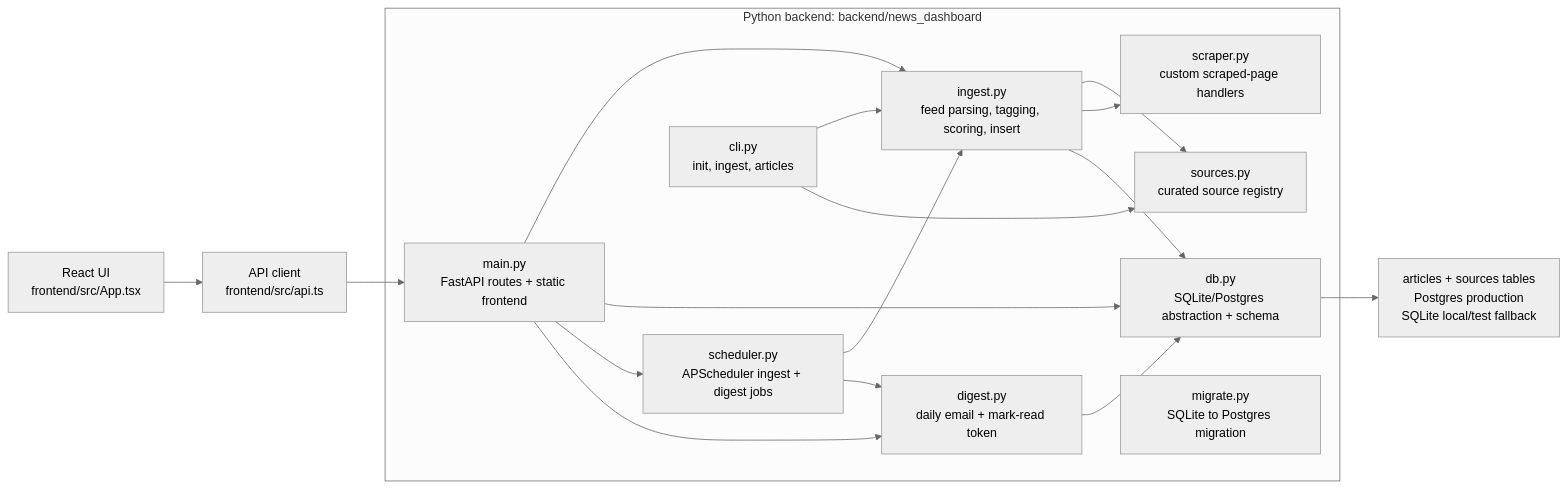
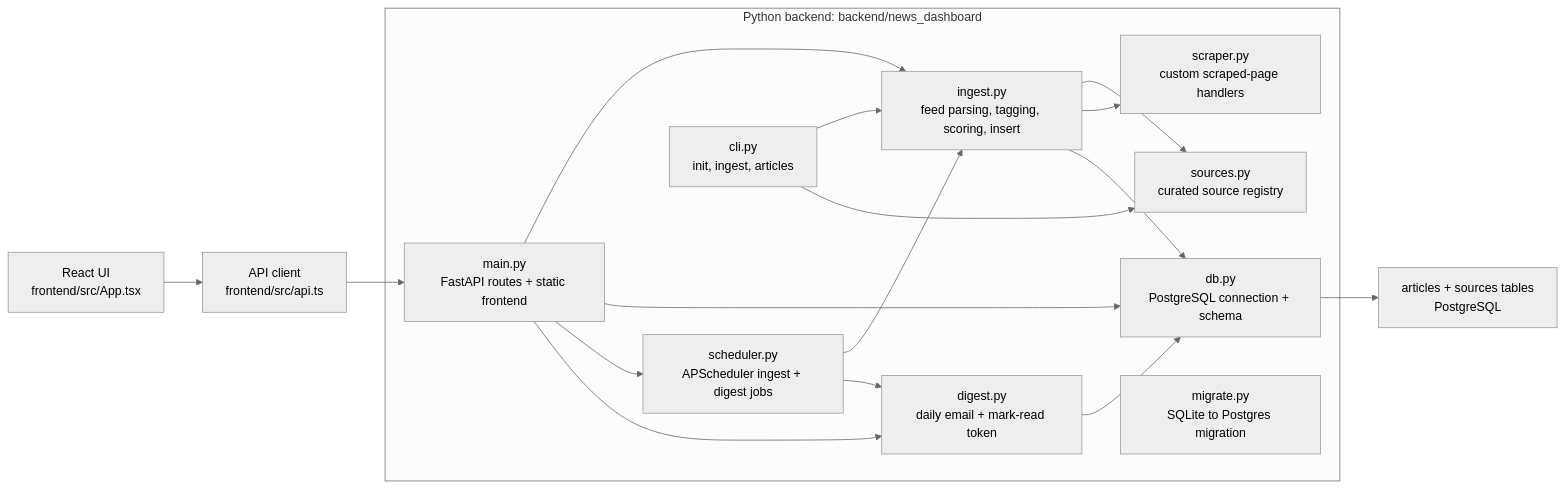
The second of 5 diagrams in docs/ARCHITECTURE.md (lihor-hub/news-dashboard), drawn with Mermaid (neutral theme) before and after one commit. The commit also changed other lines of this file and 28 other files, not shown here.

Commit message:
refactor database layer for postgres only

````diff
--- a/docs/ARCHITECTURE.md
+++ b/docs/ARCHITECTURE.md
@@ -76,35 +76,35 @@
 ```mermaid
 flowchart LR
   Browser["React UI<br/>frontend/src/App.tsx"]
   APIClient["API client<br/>frontend/src/api.ts"]
 
   subgraph Backend["Python backend: backend/news_dashboard"]
     Main["main.py<br/>FastAPI routes + static frontend"]
     Ingest["ingest.py<br/>feed parsing, tagging, scoring, insert"]
     Scraper["scraper.py<br/>custom scraped-page handlers"]
     Sources["sources.py<br/>curated source registry"]
-    DB["db.py<br/>SQLite/Postgres abstraction + schema"]
+    DB["db.py<br/>PostgreSQL connection + schema"]
     Scheduler["scheduler.py<br/>APScheduler ingest + digest jobs"]
     Digest["digest.py<br/>daily email + mark-read token"]
     CLI["cli.py<br/>init, ingest, articles"]
     Migrate["migrate.py<br/>SQLite to Postgres migration"]
   end
 
-  Database["articles + sources tables<br/>Postgres production<br/>SQLite local/test fallback"]
+  Database["articles + sources tables<br/>PostgreSQL"]
 
   Browser --> APIClient --> Main
   Main --> Ingest
   Main --> DB
   Main --> Scheduler
   Main --> Digest
 
   Scheduler --> Ingest
   Scheduler --> Digest
   CLI --> Ingest
   CLI --> Sources
   Ingest --> Sources
   Ingest --> Scraper
   Ingest --> DB
   Digest --> DB
   DB --> Database
 ```
````
